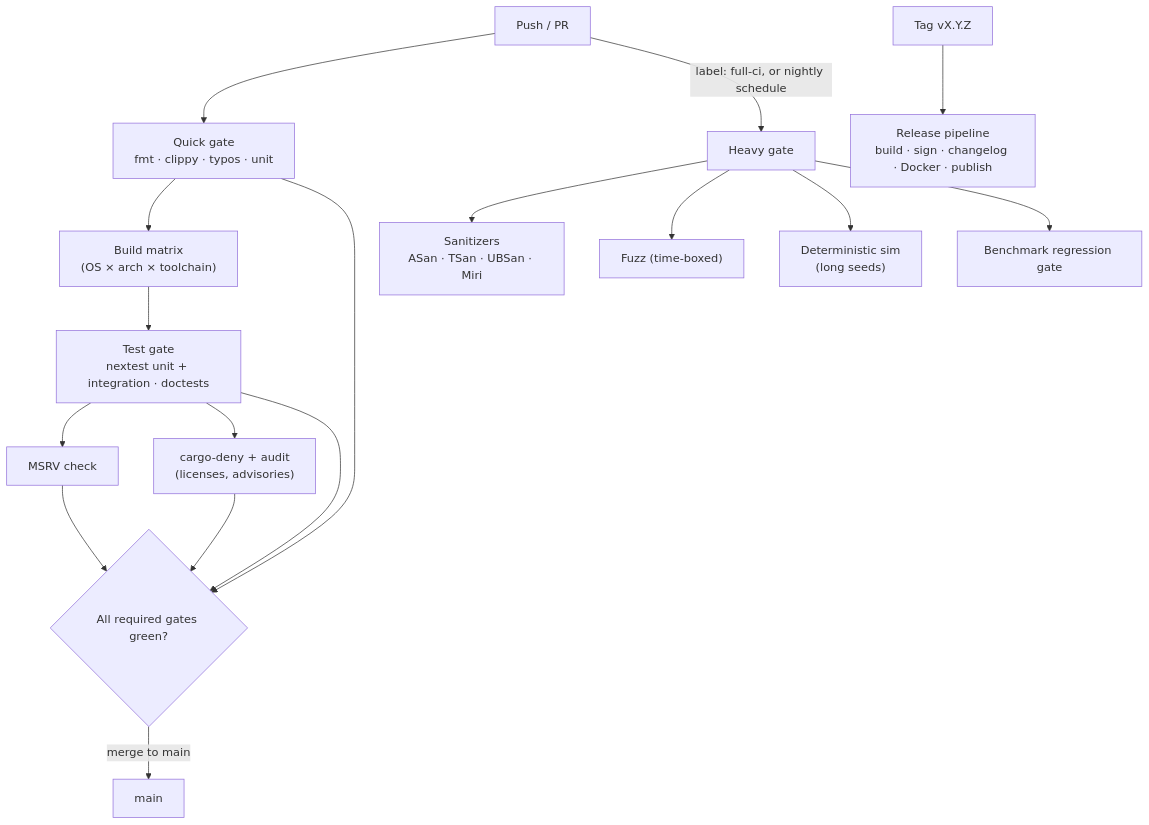
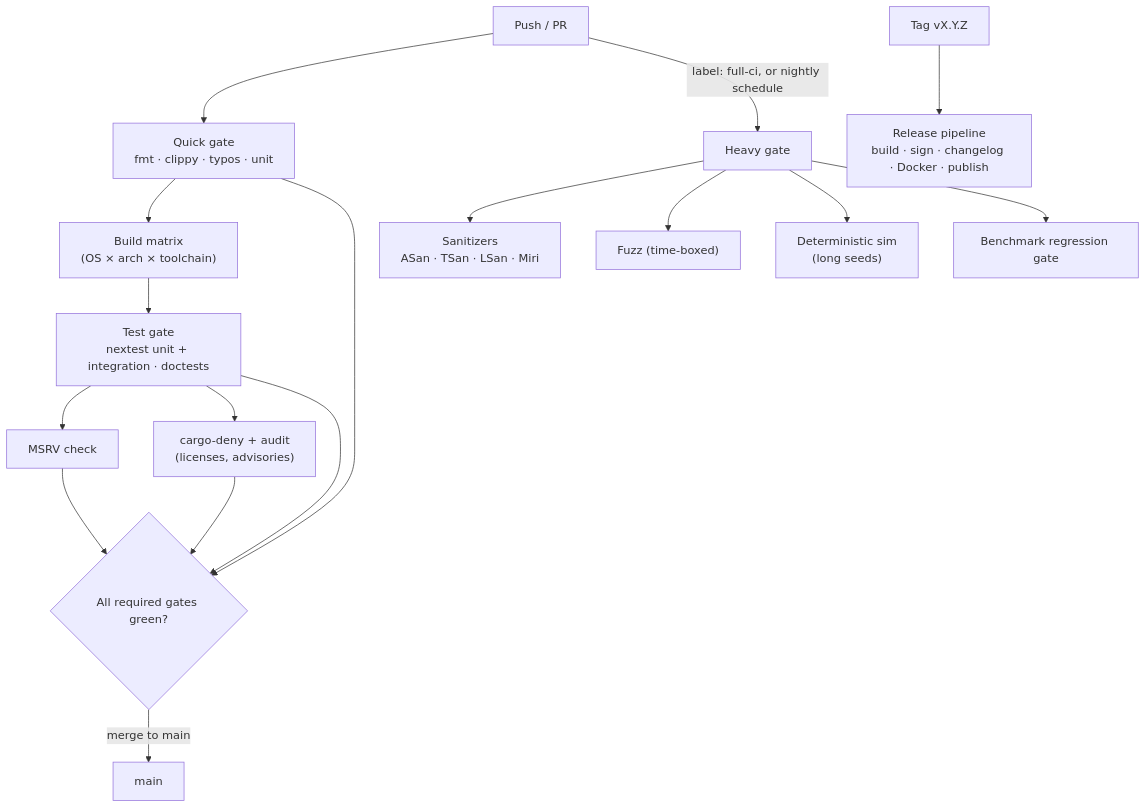
One commit to fricker-studios/stele-db changed the first of 3 diagrams in docs/04-cicd.md. Above: the diagram before and after it, drawn with Mermaid. The commit also changed other lines of this file and 1 other file, not shown here.

First line of the commit message:
ci(nightly): fix sanitizer matrix — build-std for ABI, drop invalid UBSan (#47)

````diff
--- a/docs/04-cicd.md
+++ b/docs/04-cicd.md
@@ -19,19 +19,19 @@
 ```mermaid
 flowchart TB
     push["Push / PR"] --> quick["Quick gate<br/>fmt · clippy · typos · unit"]
     quick --> build["Build matrix<br/>(OS × arch × toolchain)"]
     build --> test["Test gate<br/>nextest unit + integration · doctests"]
     test --> msrv["MSRV check"]
     test --> deny["cargo-deny + audit<br/>(licenses, advisories)"]
     push -->|"label: full-ci, or nightly schedule"| heavy["Heavy gate"]
-    heavy --> san["Sanitizers<br/>ASan · TSan · UBSan · Miri"]
+    heavy --> san["Sanitizers<br/>ASan · TSan · LSan · Miri"]
     heavy --> fuzz["Fuzz (time-boxed)"]
     heavy --> sim["Deterministic sim<br/>(long seeds)"]
     heavy --> bench["Benchmark regression gate"]
     quick --> merge{"All required gates green?"}
     test --> merge
     msrv --> merge
     deny --> merge
     merge -->|"merge to main"| main["main"]
     tag["Tag vX.Y.Z"] --> release["Release pipeline<br/>build · sign · changelog · Docker · publish"]
 ```
````
